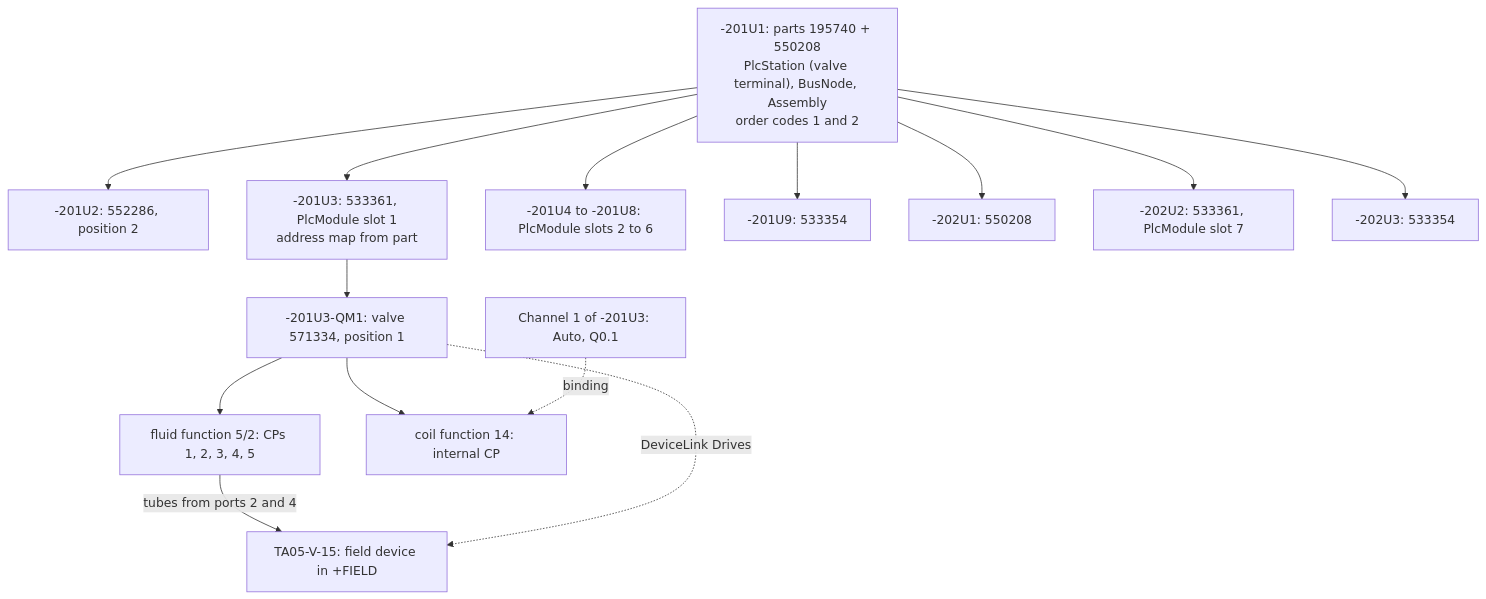
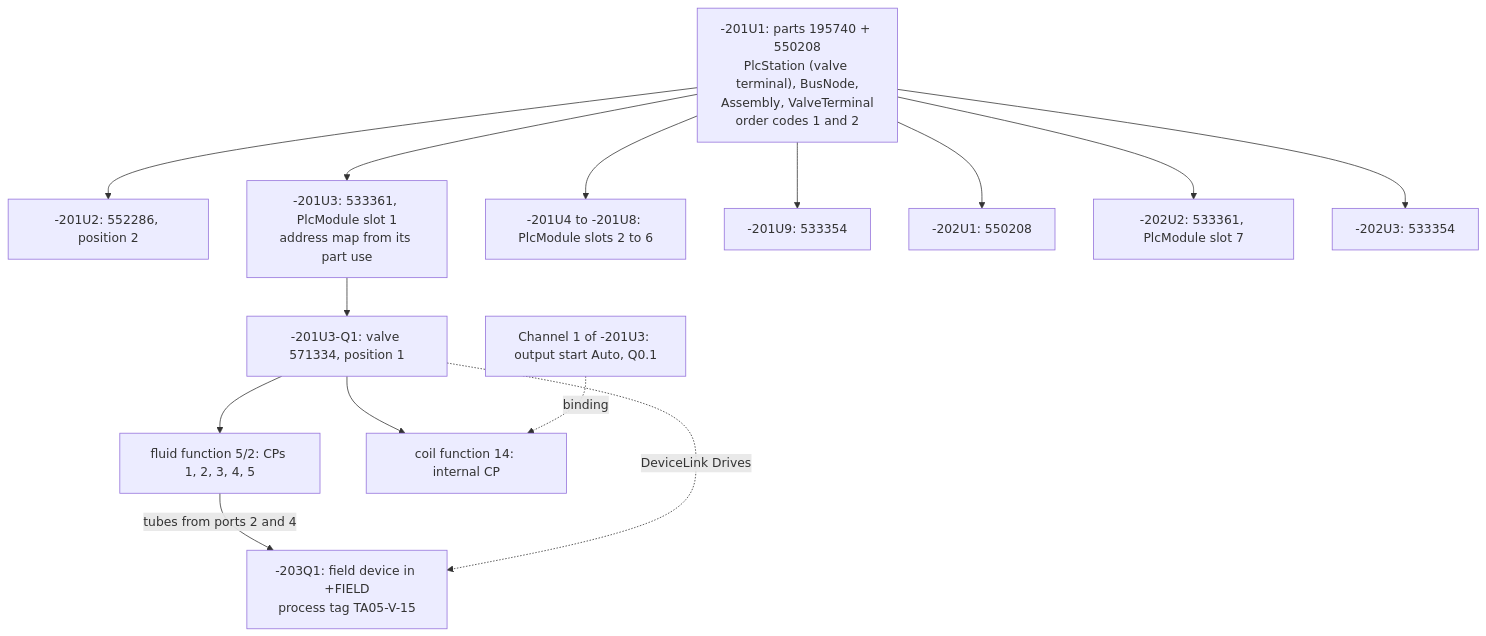
The sixth of 20 diagrams in docs/design/03-domain-model.md (Ironkode787/ElektraWatt), drawn with Mermaid before and after one commit. The commit also changed other lines of this file and 51 other files, not shown here.

````diff
--- a/docs/design/03-domain-model.md
+++ b/docs/design/03-domain-model.md
@@ -765,22 +838,22 @@
 ```mermaid
 flowchart TB
-  U1["-201U1: parts 195740 + 550208<br/>PlcStation (valve terminal), BusNode, Assembly<br/>order codes 1 and 2"]
+  U1["-201U1: parts 195740 + 550208<br/>PlcStation (valve terminal), BusNode,<br/>Assembly, ValveTerminal<br/>order codes 1 and 2"]
   U2["-201U2: 552286, position 2"]
-  U3["-201U3: 533361, PlcModule slot 1<br/>address map from part"]
+  U3["-201U3: 533361, PlcModule slot 1<br/>address map from its part use"]
   UX["-201U4 to -201U8: PlcModule slots 2 to 6"]
   U9["-201U9: 533354"]
   V1["-202U1: 550208"]
   V2["-202U2: 533361, PlcModule slot 7"]
   V3["-202U3: 533354"]
-  Q1["-201U3-QM1: valve 571334, position 1"]
+  Q1["-201U3-Q1: valve 571334, position 1"]
   FF["fluid function 5/2: CPs 1, 2, 3, 4, 5"]
   FC["coil function 14: internal CP"]
-  CH["Channel 1 of -201U3: Auto, Q0.1"]
-  PV["TA05-V-15: field device in +FIELD"]
+  CH["Channel 1 of -201U3: output start Auto, Q0.1"]
+  PV["-203Q1: field device in +FIELD<br/>process tag TA05-V-15"]
   U1 --> U2 & U3 & UX & U9 & V1 & V2 & V3
   U3 --> Q1
   Q1 --> FF & FC
   CH -. binding .-> FC
   FF -- "tubes from ports 2 and 4" --> PV
   Q1 -. "DeviceLink Drives" .-> PV
 ```
````
